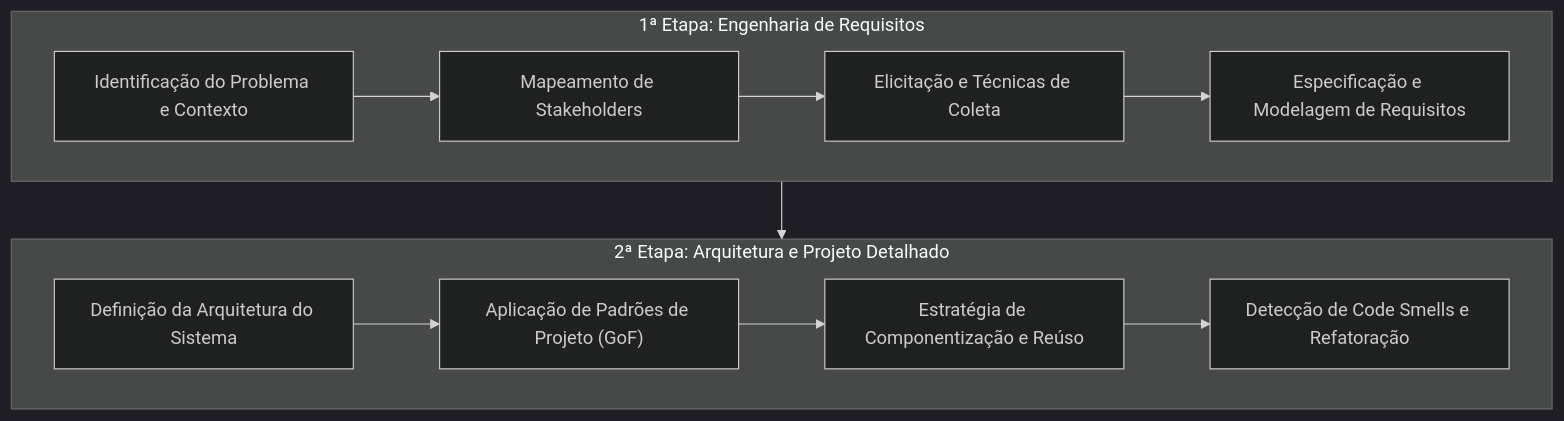
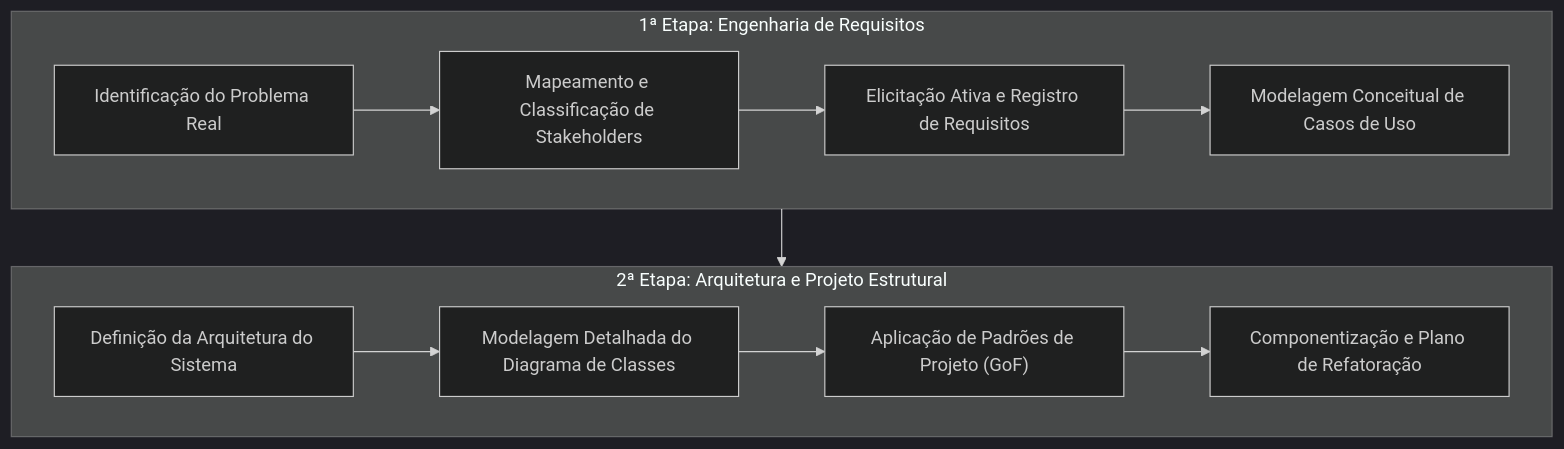
The first of 28 diagrams in 4º Semestre/[Prof. Wesley Soares] Engenharia de Software II/Resumos-IA/Caderno-Consolidado.md (murilolol/unifef), drawn with Mermaid (dark theme) before and after one commit. The commit also changed other lines of this file and 40 other files, not shown here.

````diff
--- a/4º Semestre/[Prof. Wesley Soares] Engenharia de Software II/Resumos-IA/Caderno-Consolidado.md
+++ b/4º Semestre/[Prof. Wesley Soares] Engenharia de Software II/Resumos-IA/Caderno-Consolidado.md
@@ -44,16 +106,16 @@
 ```mermaid
 flowchart TD
     subgraph Fase1["1ª Etapa: Engenharia de Requisitos"]
-        E1["Identificação do Problema e Contexto"] --> E2["Mapeamento de Stakeholders"]
-        E2 --> E3["Elicitação e Técnicas de Coleta"]
-        E3 --> E4["Especificação e Modelagem de Requisitos"]
+        E1["Identificação do Problema Real"] --> E2["Mapeamento e Classificação de Stakeholders"]
+        E2 --> E3["Elicitação Ativa e Registro de Requisitos"]
+        E3 --> E4["Modelagem Conceitual de Casos de Uso"]
     end
 
-    subgraph Fase2["2ª Etapa: Arquitetura e Projeto Detalhado"]
-        A1["Definição da Arquitetura do Sistema"] --> A2["Aplicação de Padrões de Projeto (GoF)"]
-        A2 --> A3["Estratégia de Componentização e Reúso"]
-        A3 --> A4["Detecção de Code Smells e Refatoração"]
+    subgraph Fase2["2ª Etapa: Arquitetura e Projeto Estrutural"]
+        A1["Definição da Arquitetura do Sistema"] --> A2["Modelagem Detalhada do Diagrama de Classes"]
+        A2 --> A3["Aplicação de Padrões de Projeto (GoF)"]
+        A3 --> A4["Componentização e Plano de Refatoração"]
     end
 
     Fase1 --> Fase2
 ```
````
